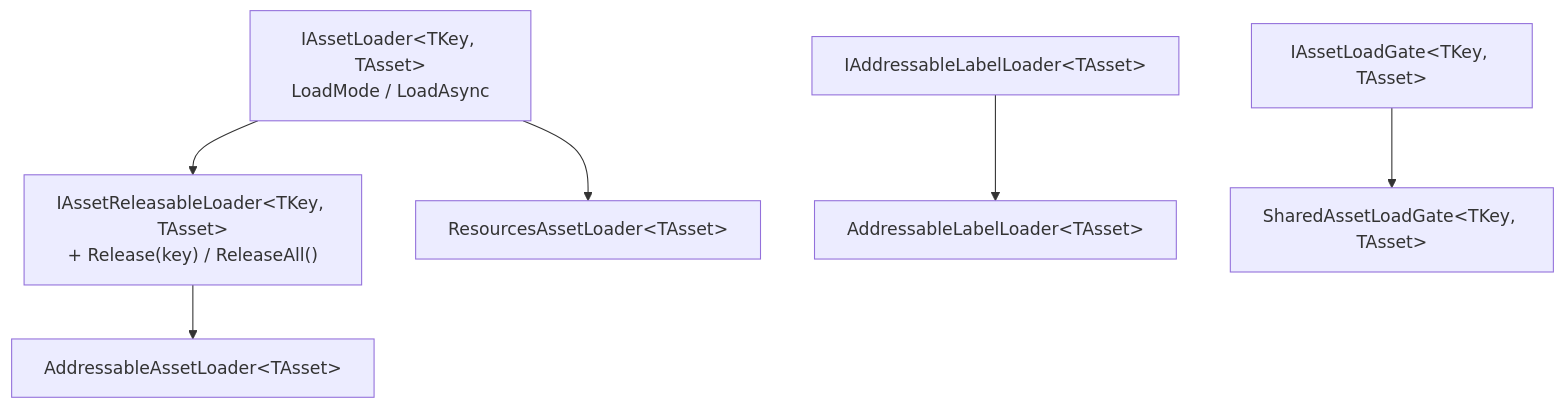
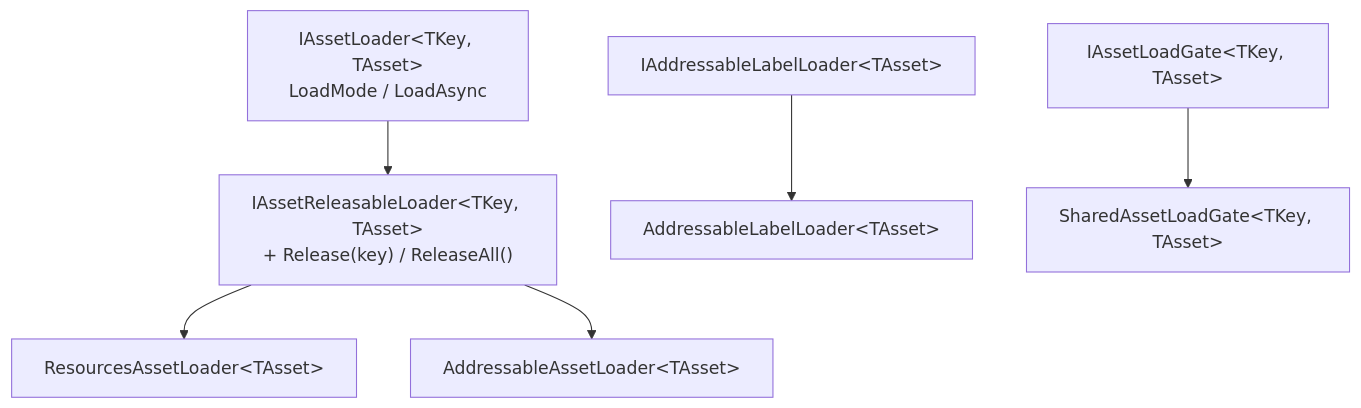
One commit to HoHong123/HCUP-Unity changed the first of 3 diagrams in HResource/docs/Load.md. Above: the diagram before and after it, drawn with Mermaid. The commit also changed other lines of this file, not shown here.

````diff
--- a/HResource/docs/Load.md
+++ b/HResource/docs/Load.md
@@ -16,17 +16,17 @@
 ```mermaid
 flowchart TD
     A["IAssetLoader&lt;TKey, TAsset&gt;<br/>LoadMode / LoadAsync"]
     B["IAssetReleasableLoader&lt;TKey, TAsset&gt;<br/>+ Release(key) / ReleaseAll()"]
     C["ResourcesAssetLoader&lt;TAsset&gt;"]
     D["AddressableAssetLoader&lt;TAsset&gt;"]
     E["IAddressableLabelLoader&lt;TAsset&gt;"]
     F["AddressableLabelLoader&lt;TAsset&gt;"]
     G["IAssetLoadGate&lt;TKey, TAsset&gt;"]
     H["SharedAssetLoadGate&lt;TKey, TAsset&gt;"]
 
     A --> B
-    A --> C
+    B --> C
     B --> D
     E --> F
     G --> H
 ```
````
